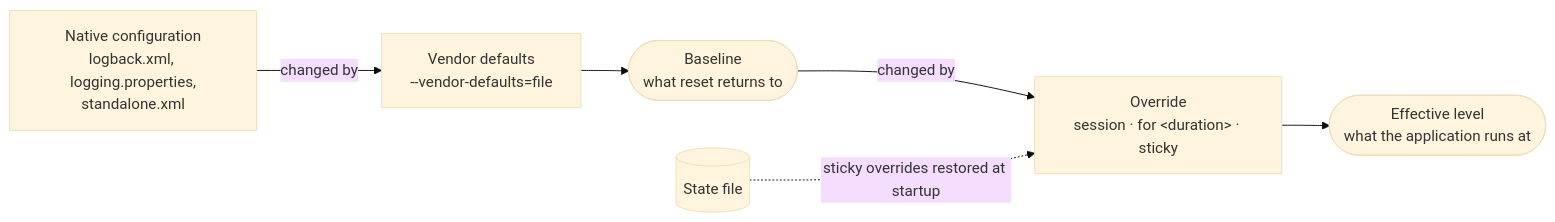
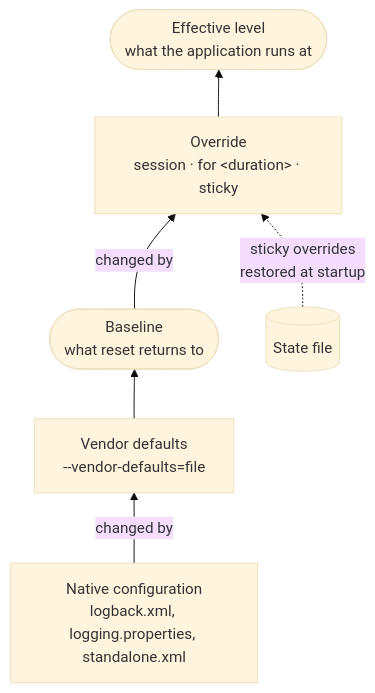
Before and after one commit to ddeuchert/logaperture: the diagram in guide/concepts/configuration-layers.md, drawn with Mermaid (base theme). The commit also changed 9 other files, not shown here.

First line of the commit message:
Guide: readable layers diagram, license on Home, a Download page (issue #201) (#203)

````diff
--- a/guide/concepts/configuration-layers.md
+++ b/guide/concepts/configuration-layers.md
@@ -6,12 +6,12 @@
 ```mermaid
-flowchart LR
-    N["Native configuration<br/>logback.xml, logging.properties,<br/>standalone.xml"]
+flowchart BT
+    N["Native configuration<br/>logback.xml, logging.properties, standalone.xml"]
     V["Vendor defaults<br/>--vendor-defaults=file"]
     B(["Baseline<br/>what reset returns to"])
     O["Override<br/>session · for &lt;duration&gt; · sticky"]
     E(["Effective level<br/>what the application runs at"])
     S[("State file")]
     N -- "changed by" --> V --> B
     B -- "changed by" --> O --> E
-    S -. "sticky overrides restored at startup" .-> O
+    S -. "sticky overrides<br/>restored at startup" .-> O
 ```
````
